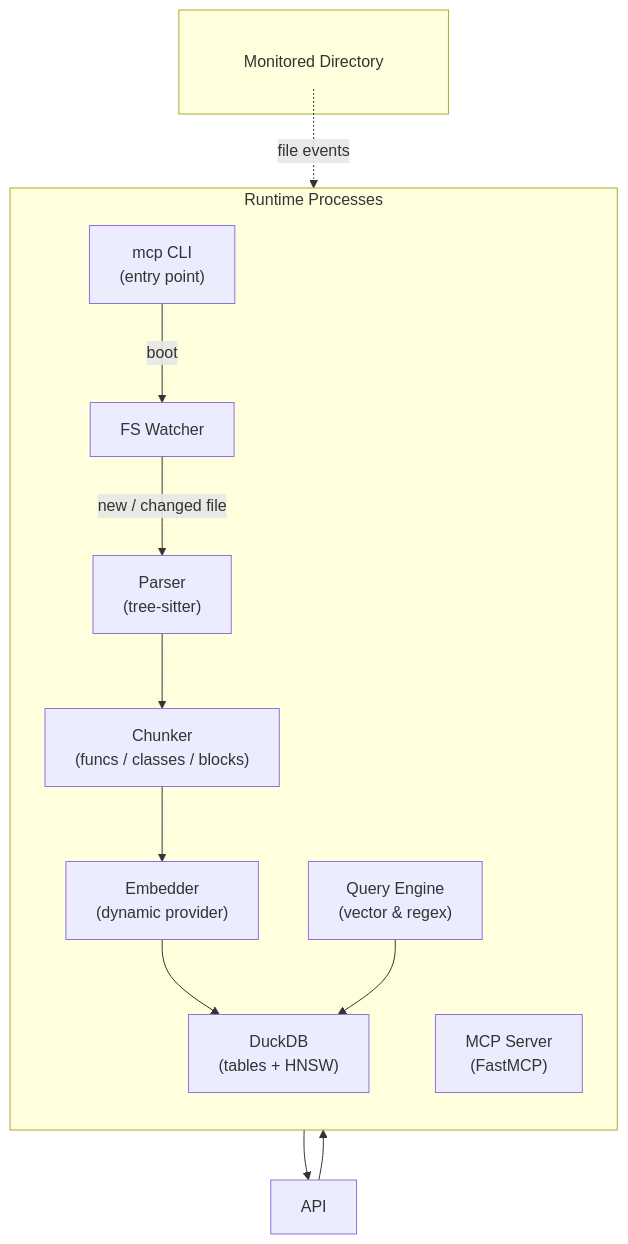
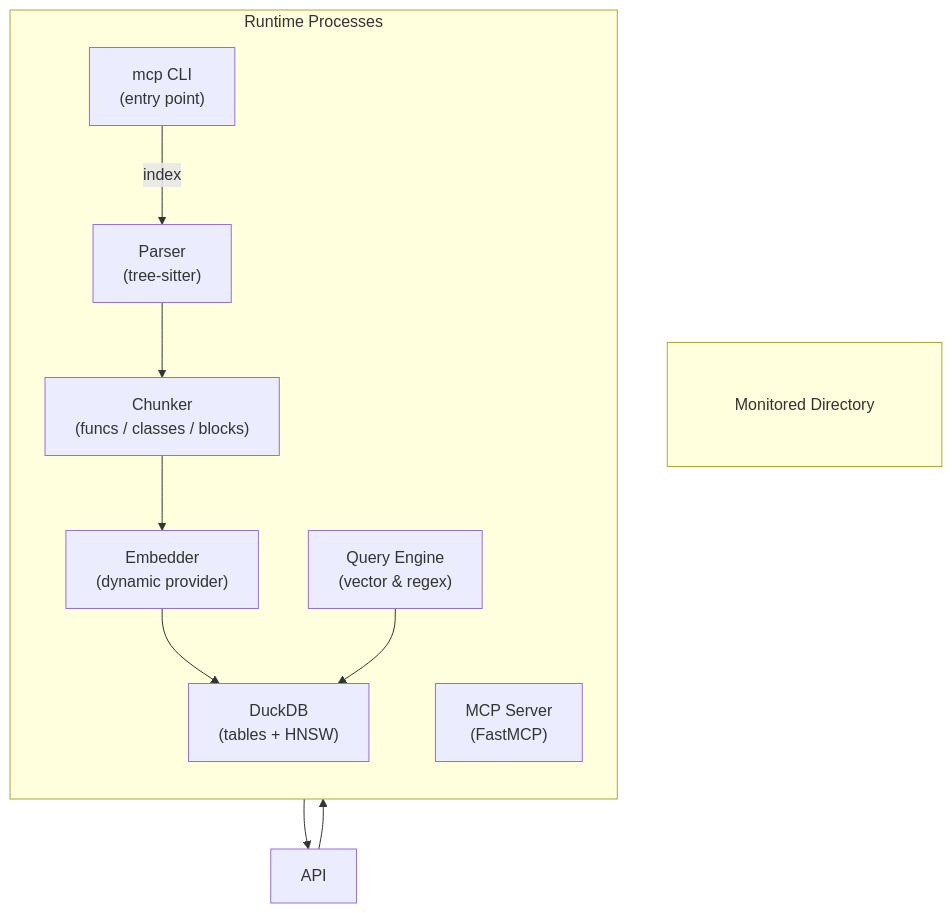
One commit to ofriw/chunkhound changed the diagram in spec.md. Above: the diagram before and after it, drawn with Mermaid. The commit also changed other lines of this file and 56 other files, not shown here.

````diff
--- a/spec.md
+++ b/spec.md
@@ -14,33 +13,30 @@
   ```mermaid
   flowchart TB
     %% ---------- external stimulus ----------
     subgraph " "
         style dir fill:#ffffff00,stroke:#ffffff00
         dir[Monitored&nbsp;Directory]
     end
 
     %% ---------- processes ----------
     subgraph "Runtime Processes"
         direction TB
         CLI["mcp CLI<br/>(entry point)"]
-        Watcher["FS Watcher"]
         Parser["Parser<br/>(tree-sitter)"]
         Chunker["Chunker<br/>(funcs / classes / blocks)"]
         Embedder["Embedder<br/>(dynamic provider)"]
         DB["DuckDB<br/>(tables + HNSW)"]
         MCP["MCP Server<br/>(FastMCP)"]
         Query["Query Engine<br/>(vector &amp; regex)"]
     end
 
-    %% ---------- data/event flow ----------
-    dir -. file events .-> Watcher
-    CLI -->|boot| Watcher
-    Watcher -->|new / changed&nbsp;file| Parser
+    %% ---------- data flow ----------
+    CLI -->|index| Parser
     Parser --> Chunker
     Chunker --> Embedder
     Embedder --> DB
 
     CLI --> API
     API --> Query
     Query --> DB
 ```
````
